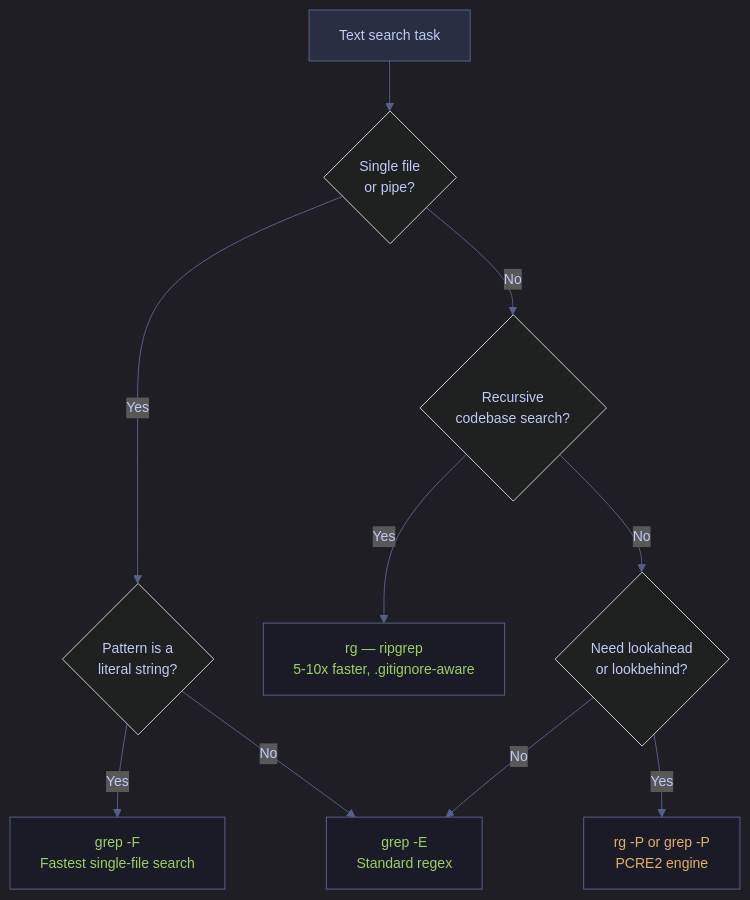
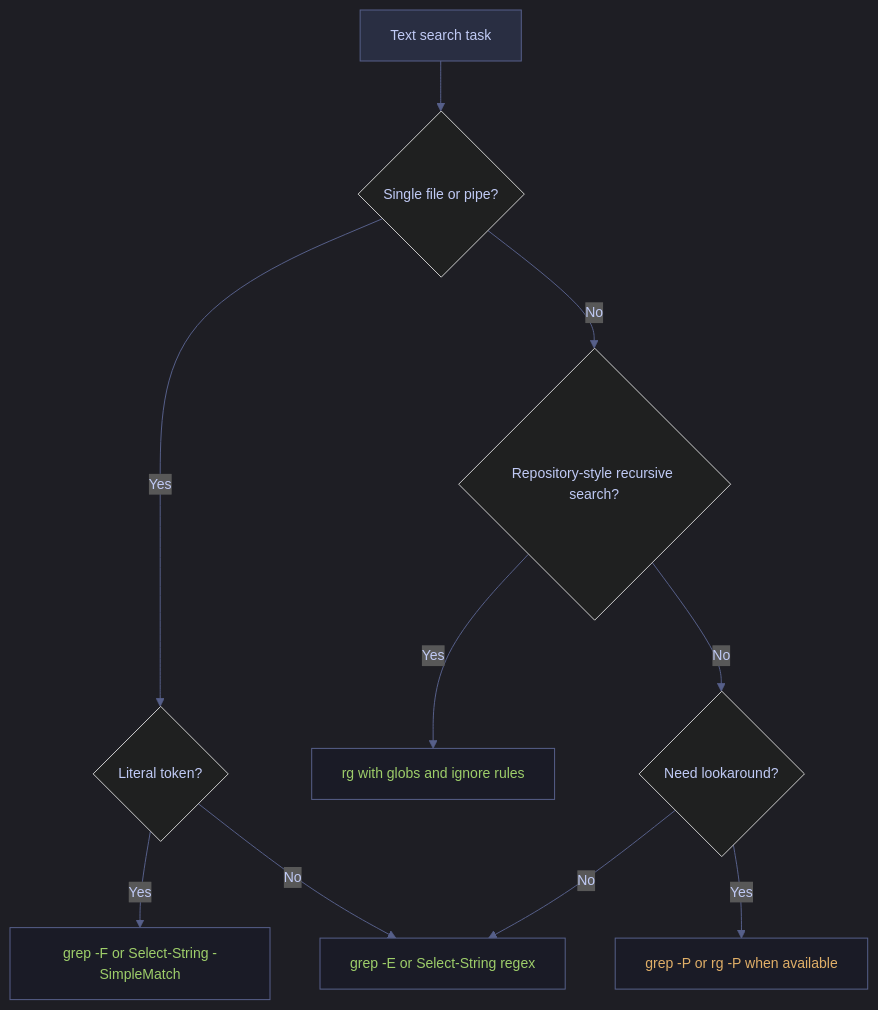
Before and after one commit to alp78/elysium: the second of 2 diagrams in content/01-Shell/03-Text-Processing/02-grep-and-pattern-matching.md, drawn with Mermaid. The commit also changed other lines of this file and 46 other files, not shown here.

````diff
--- a/content/01-Shell/03-Text-Processing/02-grep-and-pattern-matching.md
+++ b/content/01-Shell/03-Text-Processing/02-grep-and-pattern-matching.md
@@ -1875,30 +809,30 @@
 ```mermaid
 %%{init: {'theme': 'dark', 'themeVariables': {
   'primaryColor': '#292e42',
   'primaryTextColor': '#c0caf5',
   'primaryBorderColor': '#565f89',
   'lineColor': '#565f89',
   'secondaryColor': '#1a1b26',
   'tertiaryColor': '#24283b',
   'noteTextColor': '#c0caf5',
   'noteBkgColor': '#292e42',
   'textColor': '#c0caf5',
   'fontSize': '14px'
 }}}%%
 flowchart TD
-    A["Text search task"] --> B{"Single file<br/>or pipe?"}
-    B -->|Yes| C{"Pattern is a<br/>literal string?"}
-    C -->|Yes| D["grep -F<br/>Fastest single-file search"]
-    C -->|No| E["grep -E<br/>Standard regex"]
-    B -->|No| F{"Recursive<br/>codebase search?"}
-    F -->|Yes| G["rg — ripgrep<br/>5-10x faster, .gitignore-aware"]
-    F -->|No| H{"Need lookahead<br/>or lookbehind?"}
-    H -->|Yes| I["rg -P or grep -P<br/>PCRE2 engine"]
+    A["Text search task"] --> B{"Single file or pipe?"}
+    B -->|Yes| C{"Literal token?"}
+    C -->|Yes| D["grep -F or Select-String -SimpleMatch"]
+    C -->|No| E["grep -E or Select-String regex"]
+    B -->|No| F{"Repository-style recursive search?"}
+    F -->|Yes| G["rg with globs and ignore rules"]
+    F -->|No| H{"Need lookaround?"}
+    H -->|Yes| I["grep -P or rg -P when available"]
     H -->|No| E
 
     style A fill:#292e42,stroke:#565f89,color:#c0caf5
     style D fill:#1a1b26,stroke:#565f89,color:#9ece6a
     style E fill:#1a1b26,stroke:#565f89,color:#9ece6a
     style G fill:#1a1b26,stroke:#565f89,color:#9ece6a
     style I fill:#1a1b26,stroke:#565f89,color:#e0af68
 ```
````
